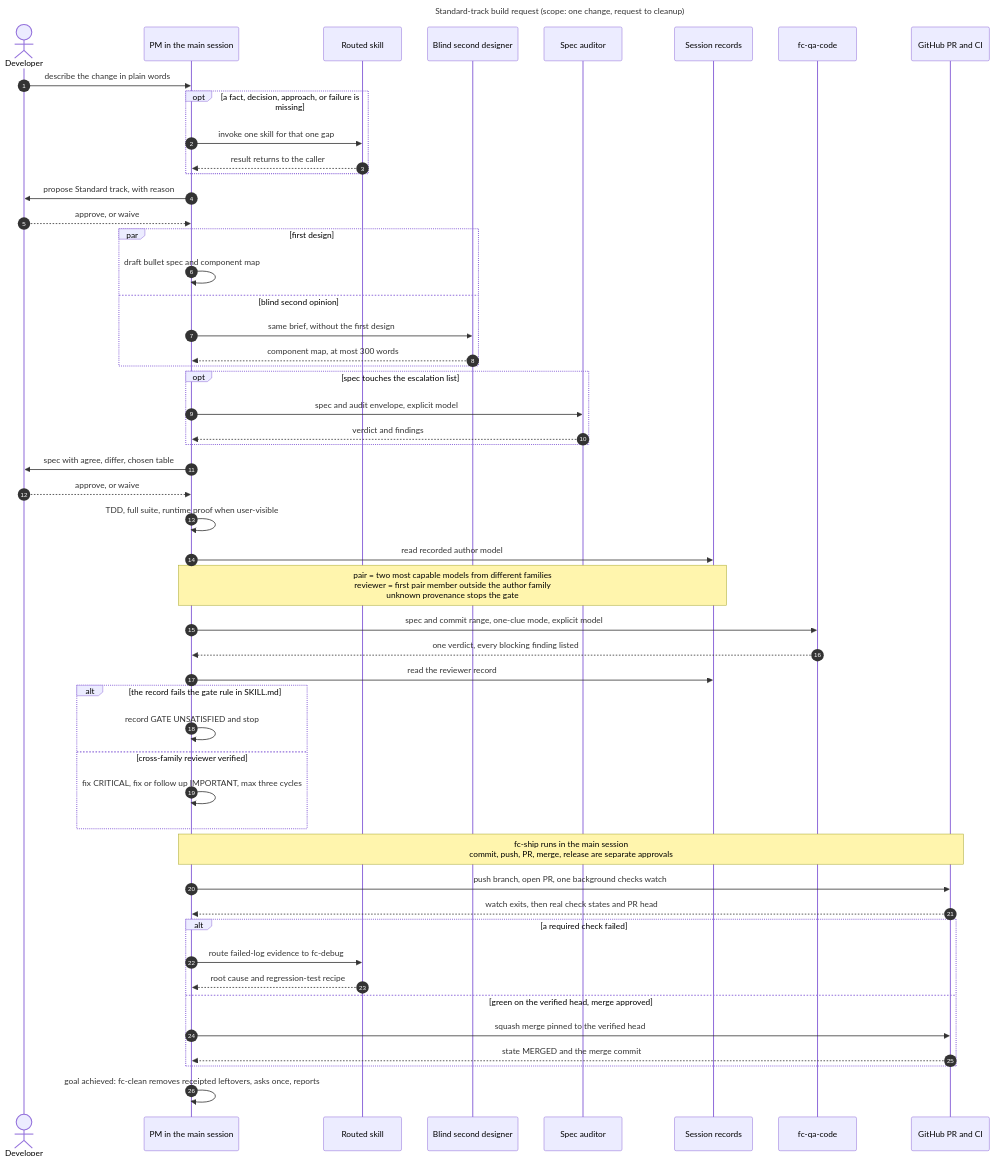
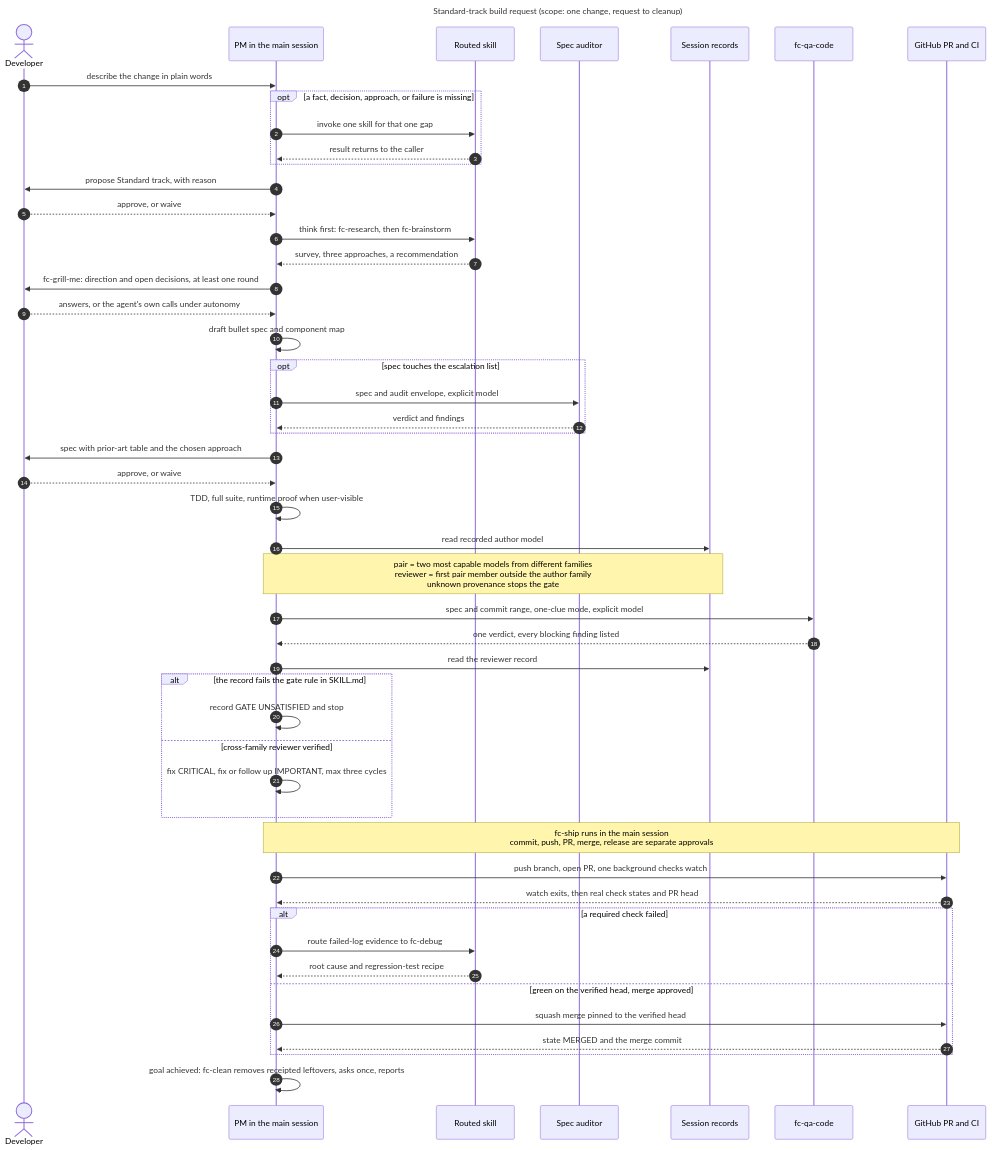
One commit to D0n9X1n/feature-crew changed the second of 2 diagrams in wiki/Architecture.md. Above: the diagram before and after it, drawn with Mermaid. The commit also changed other lines of this file and 16 other files, not shown here.

````diff
--- a/wiki/Architecture.md
+++ b/wiki/Architecture.md
@@ -81,56 +81,54 @@
 ```mermaid
 ---
 title: "Standard-track build request (scope: one change, request to cleanup)"
 ---
 sequenceDiagram
     autonumber
     actor Dev as Developer
     participant PM as PM in the main session
     participant Sub as Routed skill
-    participant SD as Blind second designer
     participant Aud as Spec auditor
     participant Rec as Session records
     participant QA as fc-qa-code
     participant GH as GitHub PR and CI
     Dev->>PM: describe the change in plain words
     opt a fact, decision, approach, or failure is missing
         PM->>Sub: invoke one skill for that one gap
         Sub-->>PM: result returns to the caller
     end
     PM->>Dev: propose Standard track, with reason
     Dev-->>PM: approve, or waive
-    par first design
-        PM->>PM: draft bullet spec and component map
-    and blind second opinion
-        PM->>SD: same brief, without the first design
-        SD-->>PM: component map, at most 300 words
-    end
+    PM->>Sub: think first: fc-research, then fc-brainstorm
+    Sub-->>PM: survey, three approaches, a recommendation
+    PM->>Dev: fc-grill-me: direction and open decisions, at least one round
+    Dev-->>PM: answers, or the agent's own calls under autonomy
+    PM->>PM: draft bullet spec and component map
     opt spec touches the escalation list
         PM->>Aud: spec and audit envelope, explicit model
         Aud-->>PM: verdict and findings
     end
-    PM->>Dev: spec with agree, differ, chosen table
+    PM->>Dev: spec with prior-art table and the chosen approach
     Dev-->>PM: approve, or waive
     PM->>PM: TDD, full suite, runtime proof when user-visible
     PM->>Rec: read recorded author model
     Note over PM,Rec: pair = two most capable models from different families<br/>reviewer = first pair member outside the author family<br/>unknown provenance stops the gate
     PM->>QA: spec and commit range, one-clue mode, explicit model
     QA-->>PM: one verdict, every blocking finding listed
     PM->>Rec: read the reviewer record
     alt the record fails the gate rule in SKILL.md
         PM->>PM: record GATE UNSATISFIED and stop
     else cross-family reviewer verified
         PM->>PM: fix CRITICAL, fix or follow up IMPORTANT, max three cycles
     end
     Note over PM,GH: fc-ship runs in the main session<br/>commit, push, PR, merge, release are separate approvals
     PM->>GH: push branch, open PR, one background checks watch
     GH-->>PM: watch exits, then real check states and PR head
     alt a required check failed
         PM->>Sub: route failed-log evidence to fc-debug
         Sub-->>PM: root cause and regression-test recipe
     else green on the verified head, merge approved
         PM->>GH: squash merge pinned to the verified head
         GH-->>PM: state MERGED and the merge commit
     end
     PM->>PM: goal achieved: fc-clean removes receipted leftovers, asks once, reports
 ```
````
